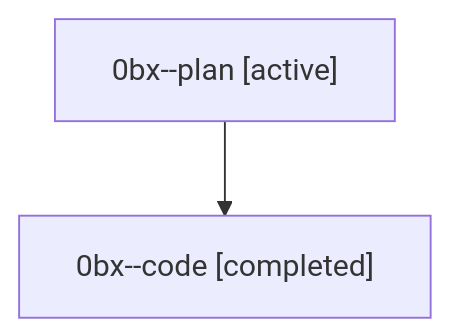
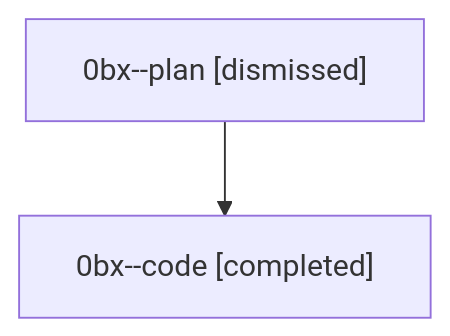
One commit to sase-org/sase--agents changed the diagram in sessions/bbugyi200.athena.0bx.md. Above: the diagram before and after it, drawn with Mermaid. The commit also changed other lines of this file and 29 other files, not shown here.

````diff
--- a/sessions/bbugyi200.athena.0bx.md
+++ b/sessions/bbugyi200.athena.0bx.md
@@ -9,6 +9,6 @@
 ```mermaid
 flowchart TD
-  n0["0bx--plan [active]"]
+  n0["0bx--plan [dismissed]"]
   n1["0bx--code [completed]"]
   n0 --> n1
 ```
````
